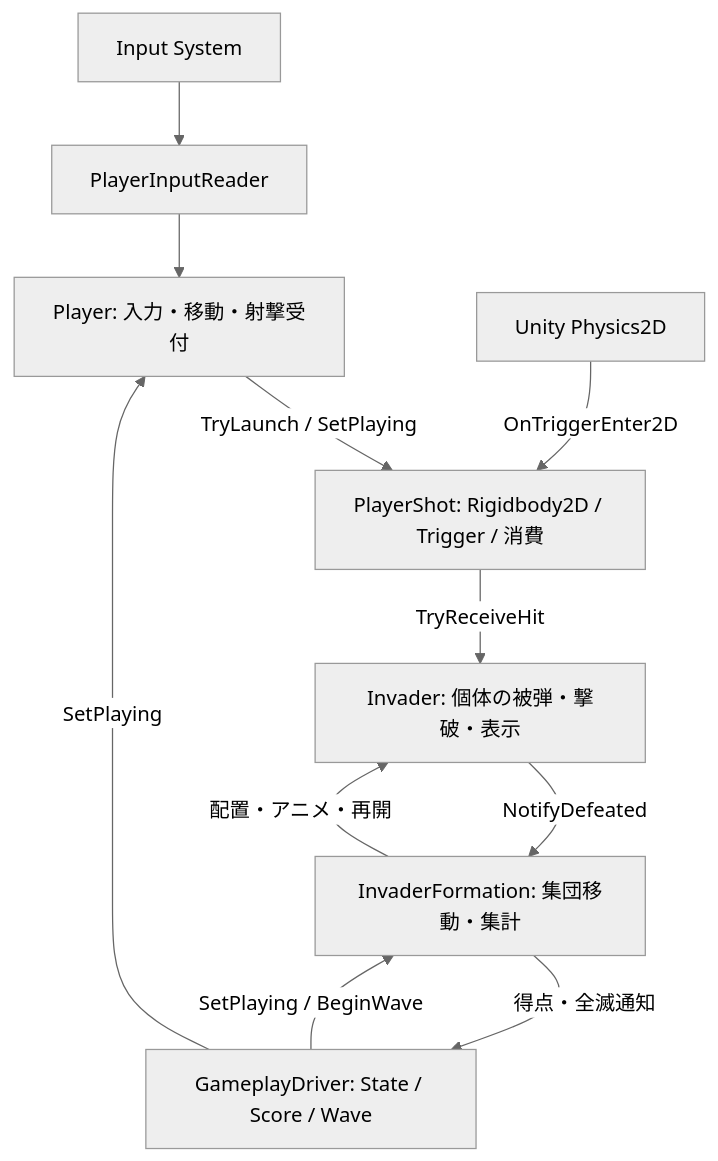
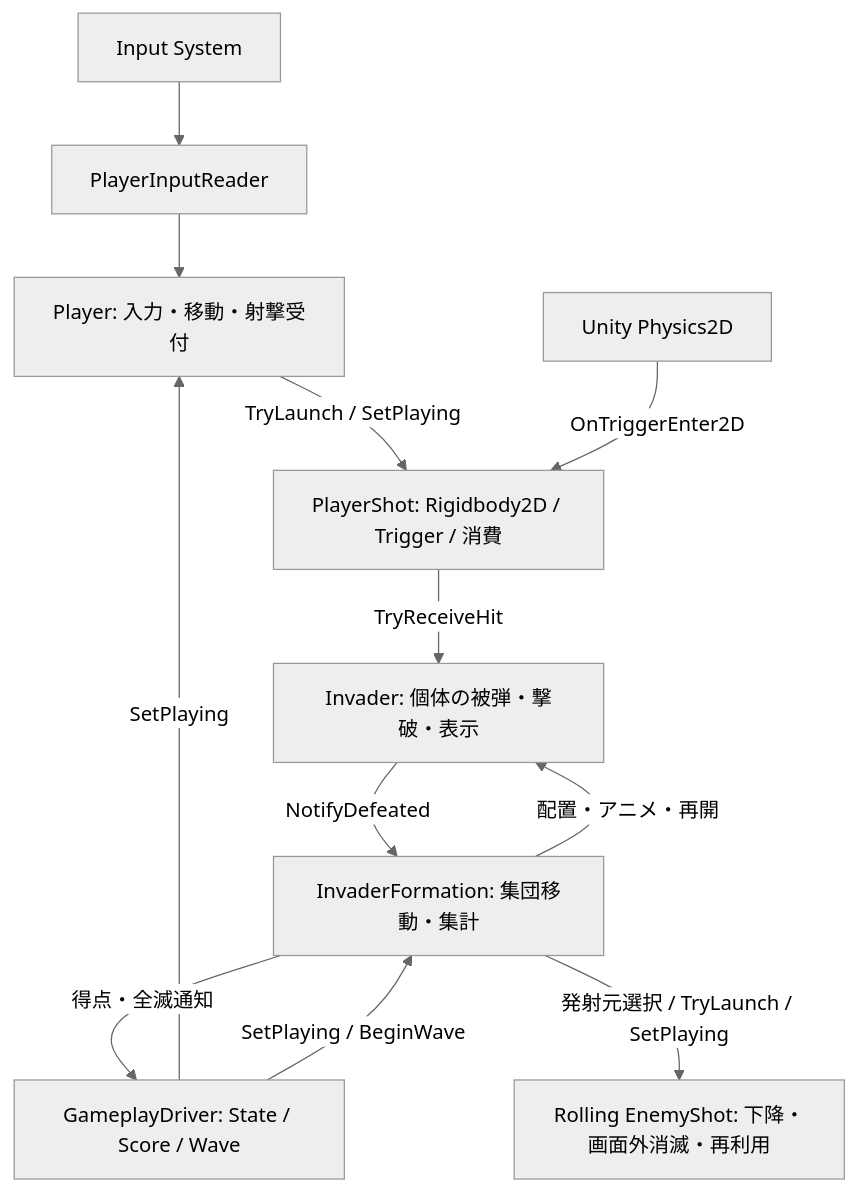
One commit to urahimono/Unity_Invader changed the diagram in docs/ARCHITECTURE.md. Above: the diagram before and after it, drawn with Mermaid (neutral theme). The commit also changed other lines of this file and 13 other files, not shown here.

````diff
--- a/docs/ARCHITECTURE.md
+++ b/docs/ARCHITECTURE.md
@@ -21,13 +21,14 @@
 ```mermaid
 flowchart TD
     Input[Input System] --> Reader[PlayerInputReader]
     Reader --> Player[Player: 入力・移動・射撃受付]
     Driver[GameplayDriver: State / Score / Wave] -->|SetPlaying| Player
     Driver -->|SetPlaying / BeginWave| Formation[InvaderFormation: 集団移動・集計]
     Player -->|TryLaunch / SetPlaying| Shot[PlayerShot: Rigidbody2D / Trigger / 消費]
     Physics[Unity Physics2D] -->|OnTriggerEnter2D| Shot
     Shot -->|TryReceiveHit| Invader[Invader: 個体の被弾・撃破・表示]
     Invader -->|NotifyDefeated| Formation
     Formation -->|得点・全滅通知| Driver
     Formation -->|配置・アニメ・再開| Invader
+    Formation -->|発射元選択 / TryLaunch / SetPlaying| EnemyShot[Rolling EnemyShot: 下降・画面外消滅・再利用]
 ```
````
